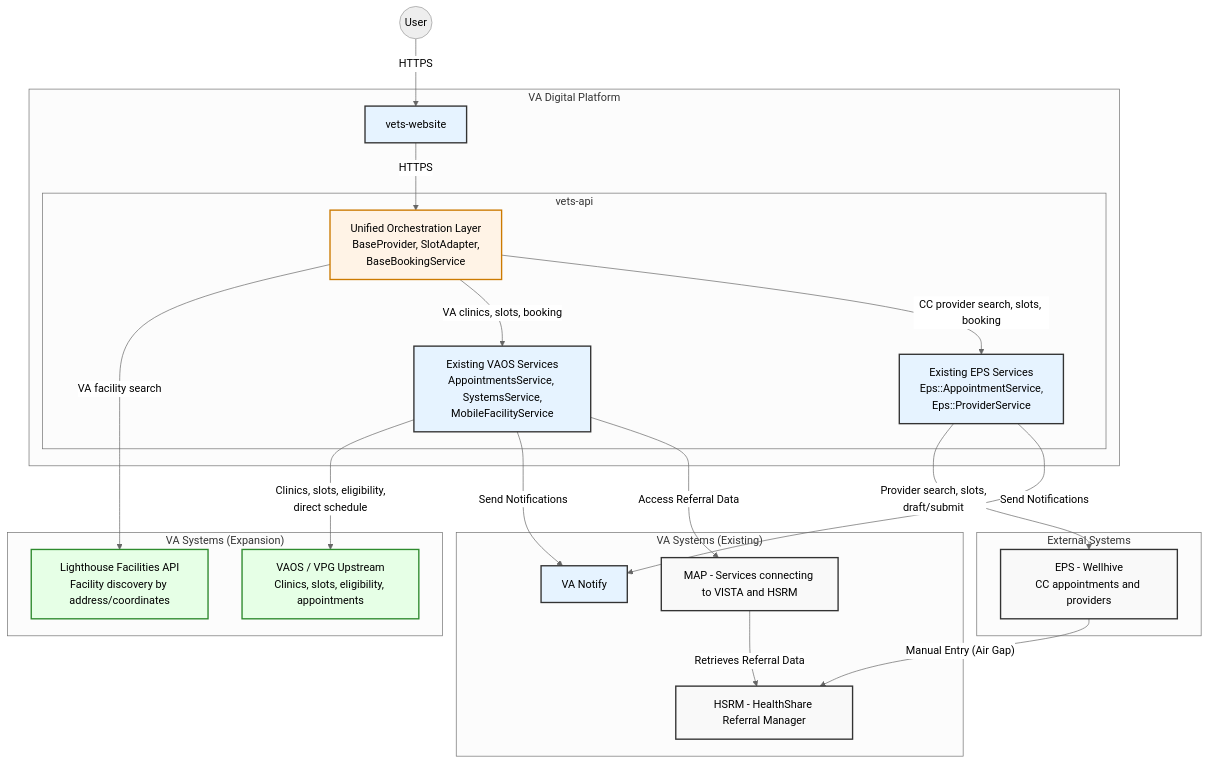
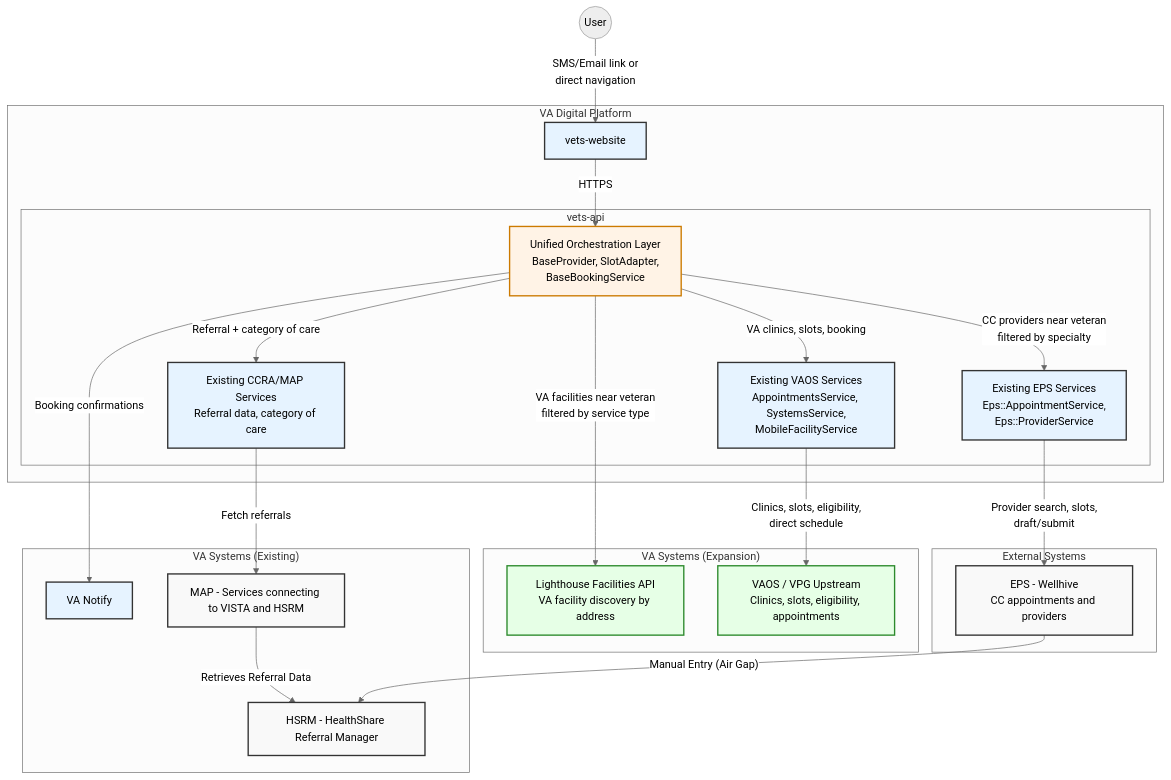
One commit to Ninjaneer321/va.gov-team changed the second of 11 diagrams in products/health-care/appointments/va-online-scheduling/engineering/architecture/cc-direct-scheduling/community-care-technical-documentation.md. Above: the diagram before and after it, drawn with Mermaid (neutral theme). The commit also changed other lines of this file, not shown here.

First line of the commit message:
Update community-care-technical-documentation.md

````diff
--- a/products/health-care/appointments/va-online-scheduling/engineering/architecture/cc-direct-scheduling/community-care-technical-documentation.md
+++ b/products/health-care/appointments/va-online-scheduling/engineering/architecture/cc-direct-scheduling/community-care-technical-documentation.md
@@ -66,53 +66,55 @@
 ```mermaid
 graph TB
     User((User))
 
     subgraph "VA Systems (Existing)"
         VA_NOTIFY[VA Notify]
         MAP[MAP - Services connecting to VISTA and HSRM]
         HSRM[HSRM - HealthShare Referral Manager]
     end
 
     subgraph "VA Systems (Expansion)"
-        LIGHTHOUSE[Lighthouse Facilities API<br/>Facility discovery by address/coordinates]
+        LIGHTHOUSE[Lighthouse Facilities API<br/>VA facility discovery by address]
         VAOS_UPSTREAM[VAOS / VPG Upstream<br/>Clinics, slots, eligibility, appointments]
     end
 
     subgraph "External Systems"
         EPS[EPS - Wellhive<br/>CC appointments and providers]
     end
 
     subgraph "VA Digital Platform"
         VW[vets-website]
         subgraph "vets-api"
             VA_API_EXISTING[Existing VAOS Services<br/>AppointmentsService, SystemsService,<br/>MobileFacilityService]
             VA_API_EPS[Existing EPS Services<br/>Eps::AppointmentService,<br/>Eps::ProviderService]
+            VA_API_CCRA[Existing CCRA/MAP Services<br/>Referral data, category of care]
             VA_API_UNIFIED[Unified Orchestration Layer<br/>BaseProvider, SlotAdapter,<br/>BaseBookingService]
         end
     end
 
-    User -->|HTTPS| VW
+    User -->|SMS/Email link or<br/>direct navigation| VW
     VW -->|HTTPS| VA_API_UNIFIED
 
-    VA_API_UNIFIED -->|VA facility search| LIGHTHOUSE
+    VA_API_UNIFIED -->|Referral + category of care| VA_API_CCRA
+    VA_API_CCRA -->|Fetch referrals| MAP
+    MAP -->|Retrieves Referral Data| HSRM
+
+    VA_API_UNIFIED -->|VA facilities near veteran<br/>filtered by service type| LIGHTHOUSE
     VA_API_UNIFIED -->|VA clinics, slots, booking| VA_API_EXISTING
-    VA_API_UNIFIED -->|CC provider search, slots, booking| VA_API_EPS
+    VA_API_UNIFIED -->|CC providers near veteran<br/>filtered by specialty| VA_API_EPS
 
     VA_API_EXISTING -->|Clinics, slots, eligibility,<br/>direct schedule| VAOS_UPSTREAM
     VA_API_EPS -->|Provider search, slots,<br/>draft/submit| EPS
 
-    VA_API_EXISTING -->|Send Notifications| VA_NOTIFY
-    VA_API_EPS -->|Send Notifications| VA_NOTIFY
-    VA_API_EXISTING -->|Access Referral Data| MAP
-    MAP -->|Retrieves Referral Data| HSRM
+    VA_API_UNIFIED -->|Booking confirmations| VA_NOTIFY
     EPS -- "Manual Entry (Air Gap)" --> HSRM
 
     classDef vaSystem fill:#e6f3ff,stroke:#333,stroke-width:2px;
     classDef expansion fill:#e6ffe6,stroke:#2d8a2d,stroke-width:2px;
     classDef external fill:#f9f9f9,stroke:#333,stroke-width:2px;
     classDef unified fill:#fff3e6,stroke:#cc7a00,stroke-width:2px;
-    class VW,VA_NOTIFY,VA_API_EXISTING,VA_API_EPS vaSystem;
+    class VW,VA_NOTIFY,VA_API_EXISTING,VA_API_EPS,VA_API_CCRA vaSystem;
     class LIGHTHOUSE,VAOS_UPSTREAM expansion;
     class MAP,EPS,HSRM external;
     class VA_API_UNIFIED unified;
 ```
````
